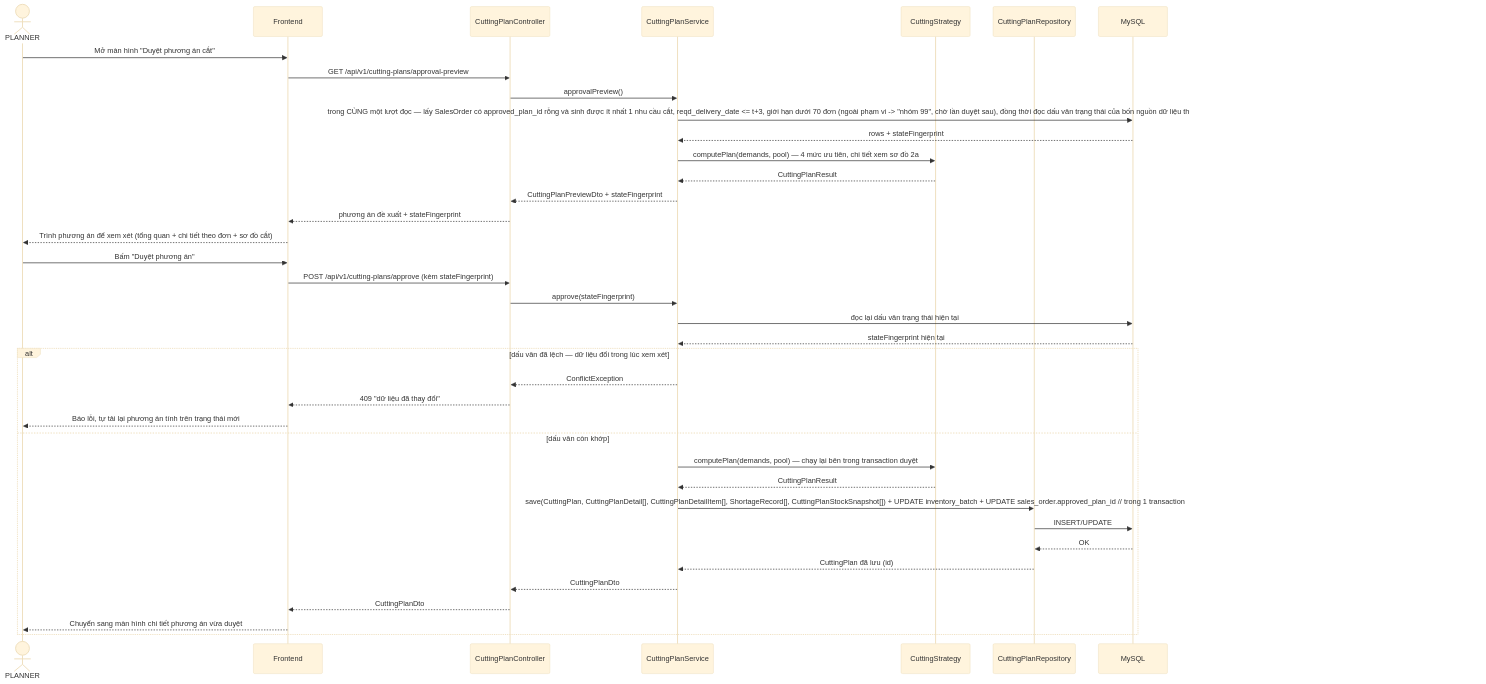
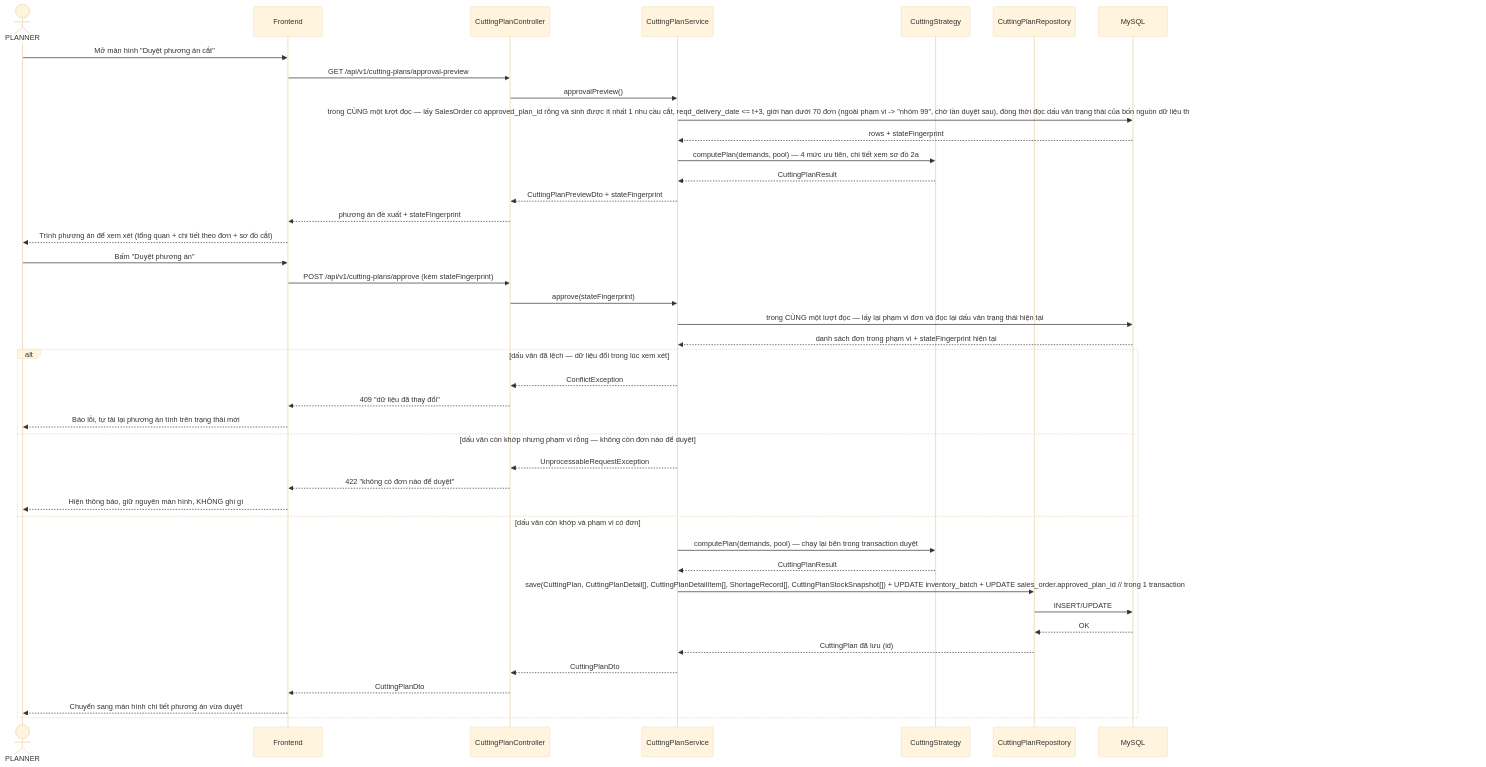
One commit to huydeptraii123/GraduationThesis changed the third of 4 diagrams in docs/sequence-diagrams.md. Above: the diagram before and after it, drawn with Mermaid (base theme). The commit also changed other lines of this file and 4 other files, not shown here.

Commit message:
docs: đặc tả việc từ chối duyệt khi phạm vi không còn đơn nào

````diff
--- a/docs/sequence-diagrams.md
+++ b/docs/sequence-diagrams.md
@@ -117,43 +117,47 @@
 ```mermaid
 sequenceDiagram
     actor U as PLANNER
     participant FE as Frontend
     participant C as CuttingPlanController
     participant SVC as CuttingPlanService
     participant CS as CuttingStrategy
     participant REPO as CuttingPlanRepository
     participant DB as MySQL
 
     U->>FE: Mở màn hình "Duyệt phương án cắt"
     FE->>C: GET /api/v1/cutting-plans/approval-preview
     C->>SVC: approvalPreview()
     SVC->>DB: trong CÙNG một lượt đọc — lấy SalesOrder có approved_plan_id rỗng và sinh được ít nhất 1 nhu cầu cắt, reqd_delivery_date <= t+3, giới hạn dưới 70 đơn (ngoài phạm vi -> "nhóm 99", chờ lần duyệt sau), đồng thời đọc dấu vân trạng thái của bốn nguồn dữ liệu thuật toán sẽ đọc (đơn chưa duyệt trong hạn giao, tồn kho, định mức, danh mục thanh nan)
     DB-->>SVC: rows + stateFingerprint
     SVC->>CS: computePlan(demands, pool) — 4 mức ưu tiên, chi tiết xem sơ đồ 2a
     CS-->>SVC: CuttingPlanResult
     SVC-->>C: CuttingPlanPreviewDto + stateFingerprint
     C-->>FE: phương án đề xuất + stateFingerprint
     FE-->>U: Trình phương án để xem xét (tổng quan + chi tiết theo đơn + sơ đồ cắt)
 
     U->>FE: Bấm "Duyệt phương án"
     FE->>C: POST /api/v1/cutting-plans/approve (kèm stateFingerprint)
     C->>SVC: approve(stateFingerprint)
-    SVC->>DB: đọc lại dấu vân trạng thái hiện tại
-    DB-->>SVC: stateFingerprint hiện tại
+    SVC->>DB: trong CÙNG một lượt đọc — lấy lại phạm vi đơn và đọc lại dấu vân trạng thái hiện tại
+    DB-->>SVC: danh sách đơn trong phạm vi + stateFingerprint hiện tại
 
     alt dấu vân đã lệch — dữ liệu đổi trong lúc xem xét
         SVC-->>C: ConflictException
         C-->>FE: 409 "dữ liệu đã thay đổi"
         FE-->>U: Báo lỗi, tự tải lại phương án tính trên trạng thái mới
-    else dấu vân còn khớp
+    else dấu vân còn khớp nhưng phạm vi rỗng — không còn đơn nào để duyệt
+        SVC-->>C: UnprocessableRequestException
+        C-->>FE: 422 "không có đơn nào để duyệt"
+        FE-->>U: Hiện thông báo, giữ nguyên màn hình, KHÔNG ghi gì
+    else dấu vân còn khớp và phạm vi có đơn
         SVC->>CS: computePlan(demands, pool) — chạy lại bên trong transaction duyệt
         CS-->>SVC: CuttingPlanResult
         SVC->>REPO: save(CuttingPlan, CuttingPlanDetail[], CuttingPlanDetailItem[], ShortageRecord[], CuttingPlanStockSnapshot[]) + UPDATE inventory_batch + UPDATE sales_order.approved_plan_id  // trong 1 transaction
         REPO->>DB: INSERT/UPDATE
         DB-->>REPO: OK
         REPO-->>SVC: CuttingPlan đã lưu (id)
         SVC-->>C: CuttingPlanDto
         C-->>FE: CuttingPlanDto
         FE-->>U: Chuyển sang màn hình chi tiết phương án vừa duyệt
     end
 ```
````
